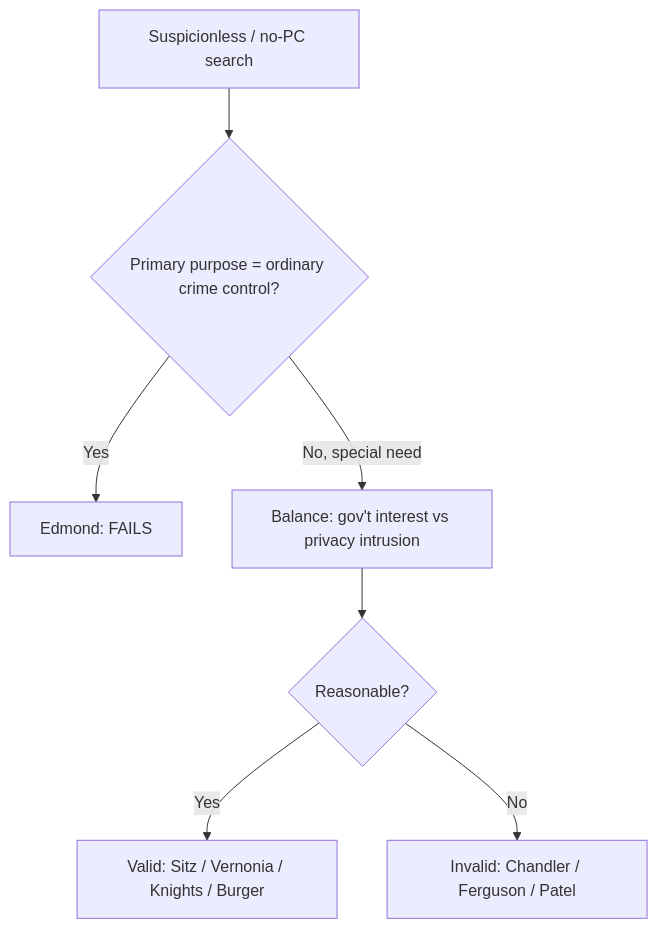
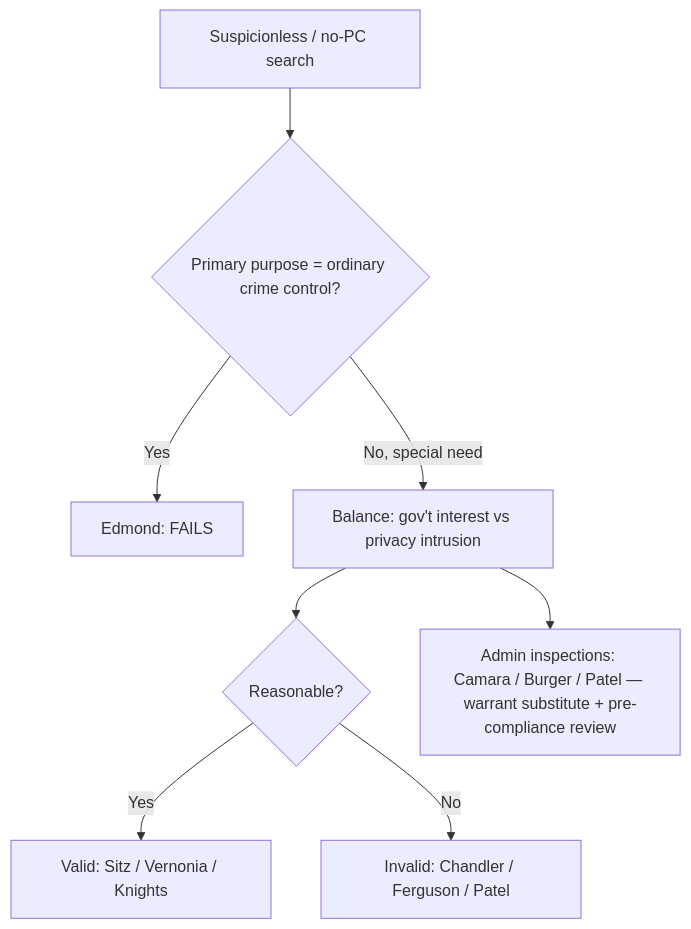
One commit to Enragedsaturday/cssi changed the diagram in content/Special Needs and Administrative Searches.md. Above: the diagram before and after it, drawn with Mermaid. The commit also changed other lines of this file and 38 other files, not shown here.

````diff
--- a/content/Special Needs and Administrative Searches.md
+++ b/content/Special Needs and Administrative Searches.md
@@ -77,9 +78,10 @@
 ```mermaid
 flowchart TD
     A[Suspicionless / no-PC search] --> B{Primary purpose = ordinary crime control?}
     B -- Yes --> X[Edmond: FAILS]
     B -- No, special need --> C[Balance: gov't interest vs privacy intrusion]
     C --> D{Reasonable?}
-    D -- Yes --> E[Valid: Sitz / Vernonia / Knights / Burger]
+    D -- Yes --> E[Valid: Sitz / Vernonia / Knights]
+    C --> G[Admin inspections: Camara / Burger / Patel — warrant substitute + pre-compliance review]
     D -- No --> F[Invalid: Chandler / Ferguson / Patel]
 ```
````
